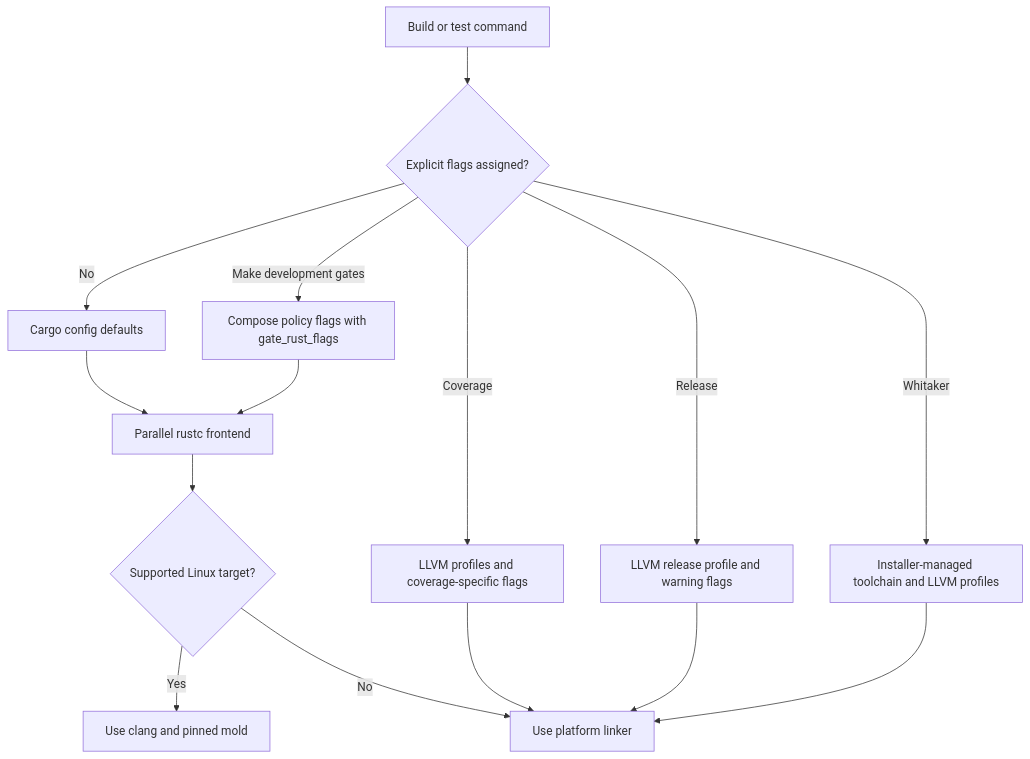
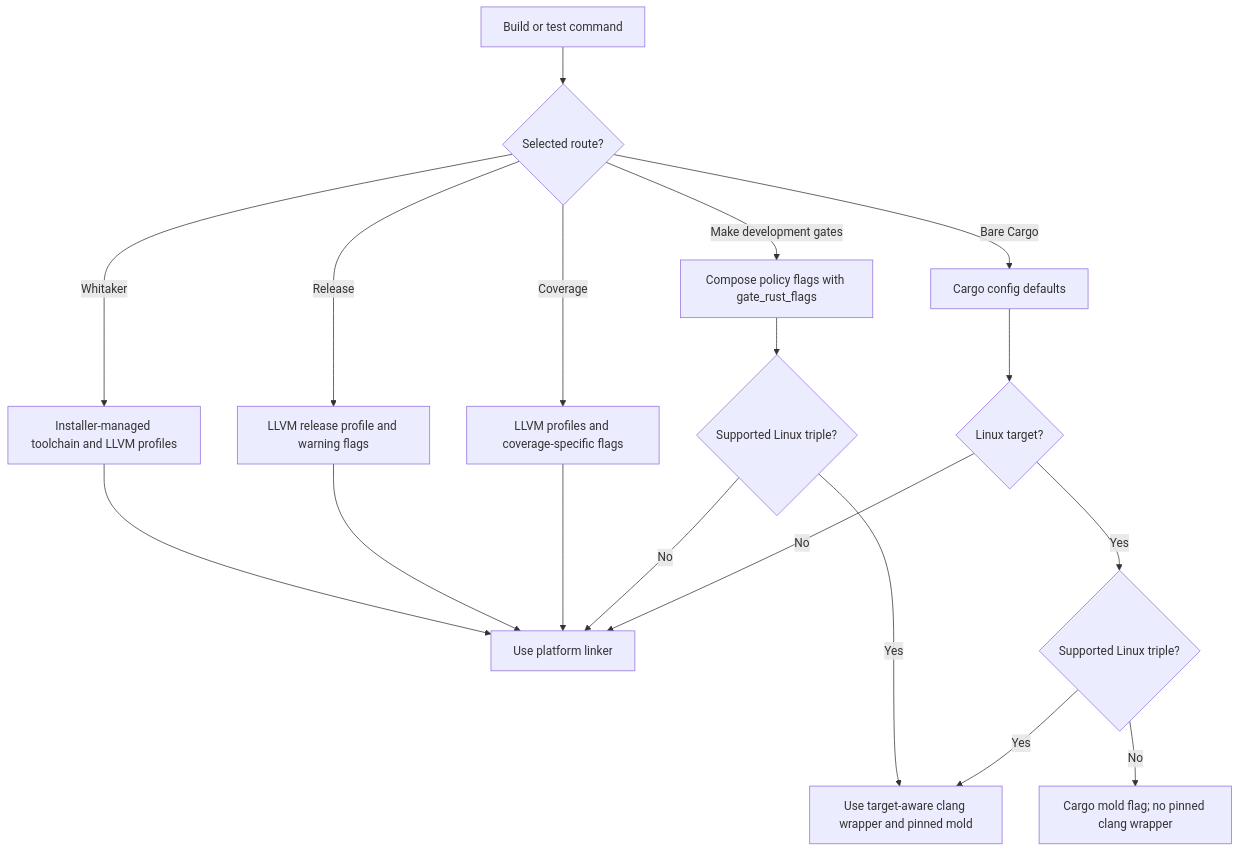
Before and after one commit to leynos/mapsplice: the diagram in docs/developers-guide.md, drawn with Mermaid. The commit also changed other lines of this file and 15 other files, not shown here.

````diff
--- a/docs/developers-guide.md
+++ b/docs/developers-guide.md
@@ -236,23 +236,28 @@
 ```mermaid
 flowchart TD
     accTitle: Mapsplice compiler flag and linker routes
     accDescr {
-        Development uses Cargo defaults or Make's composed flags with the parallel frontend.
-        Supported Linux targets use mold. Coverage, release, and Whitaker use separate LLVM routes
-        without development frontend or mold flags.
+        Bare Cargo and Make development gates follow separate flag routes.
+        Supported Linux triples use target-aware Clang wrappers and pinned mold.
+        Bare Cargo on other Linux triples keeps the Cargo mold flag without a pinned wrapper.
+        Make routes use the platform linker for unsupported triples; coverage, release,
+        and Whitaker use separate LLVM routes without development frontend or mold flags.
     }
-    Start[Build or test command] --> Assigned{Explicit flags assigned?}
-    Assigned -->|No| Config[Cargo config defaults]
-    Assigned -->|Make development gates| Compose[Compose policy flags with gate_rust_flags]
-    Assigned -->|Coverage| Coverage[LLVM profiles and coverage-specific flags]
-    Assigned -->|Release| Release[LLVM release profile and warning flags]
-    Assigned -->|Whitaker| Whitaker[Installer-managed toolchain and LLVM profiles]
-    Config --> Fast[Parallel rustc frontend]
-    Compose --> Fast
-    Fast --> Linux{Supported Linux target?}
-    Linux -->|Yes| Mold[Use clang and pinned mold]
-    Linux -->|No| Platform[Use platform linker]
+    Start[Build or test command] --> Route{Selected route?}
+    Route -->|Bare Cargo| Config[Cargo config defaults]
+    Route -->|Make development gates| Compose[Compose policy flags with gate_rust_flags]
+    Route -->|Coverage| Coverage[LLVM profiles and coverage-specific flags]
+    Route -->|Release| Release[LLVM release profile and warning flags]
+    Route -->|Whitaker| Whitaker[Installer-managed toolchain and LLVM profiles]
+    Config --> CargoLinux{Linux target?}
+    CargoLinux -->|No| Platform[Use platform linker]
+    CargoLinux -->|Yes| CargoTriple{Supported Linux triple?}
+    CargoTriple -->|Yes| Mold[Use target-aware clang wrapper and pinned mold]
+    CargoTriple -->|No| Unsupported["Cargo mold flag; no pinned clang wrapper"]
+    Compose --> MakeTriple{Supported Linux triple?}
+    MakeTriple -->|Yes| Mold
+    MakeTriple -->|No| Platform
     Coverage --> Platform
     Release --> Platform
     Whitaker --> Platform
 ```
````
